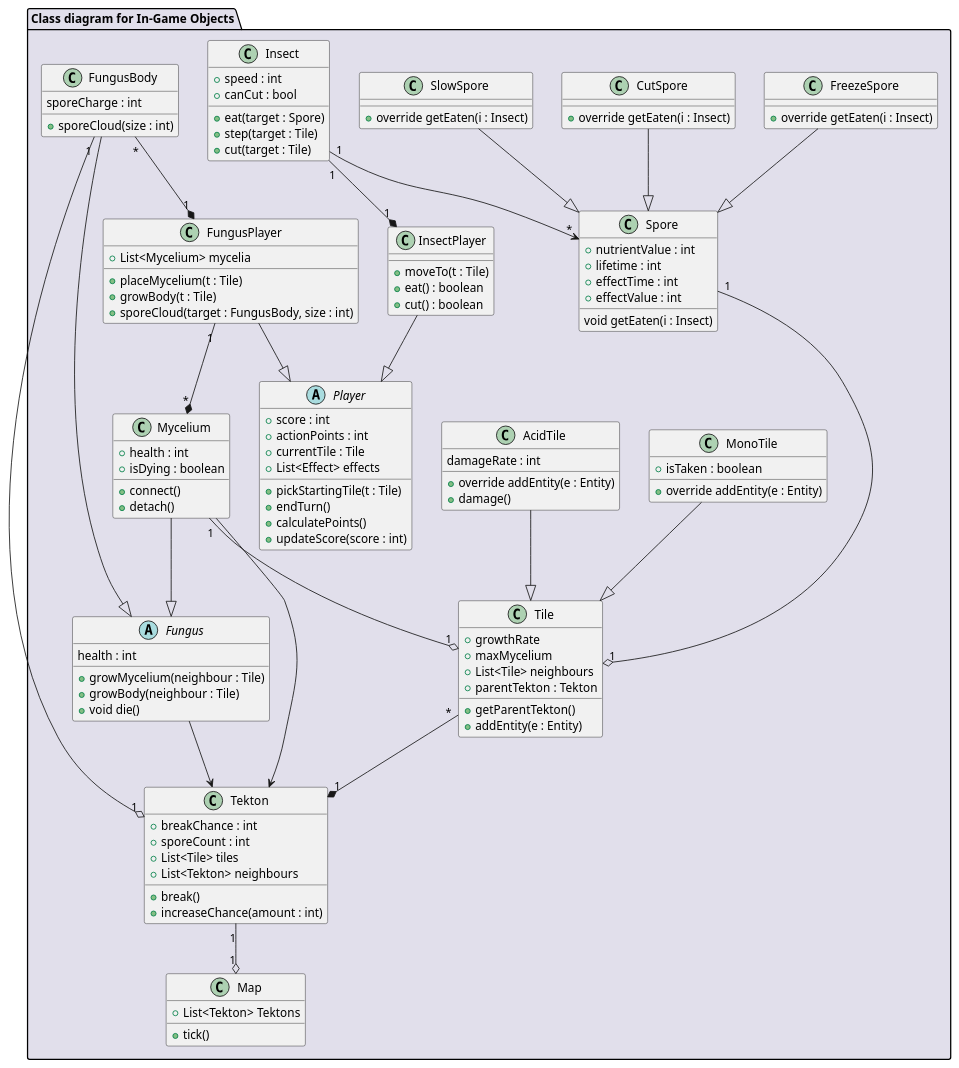
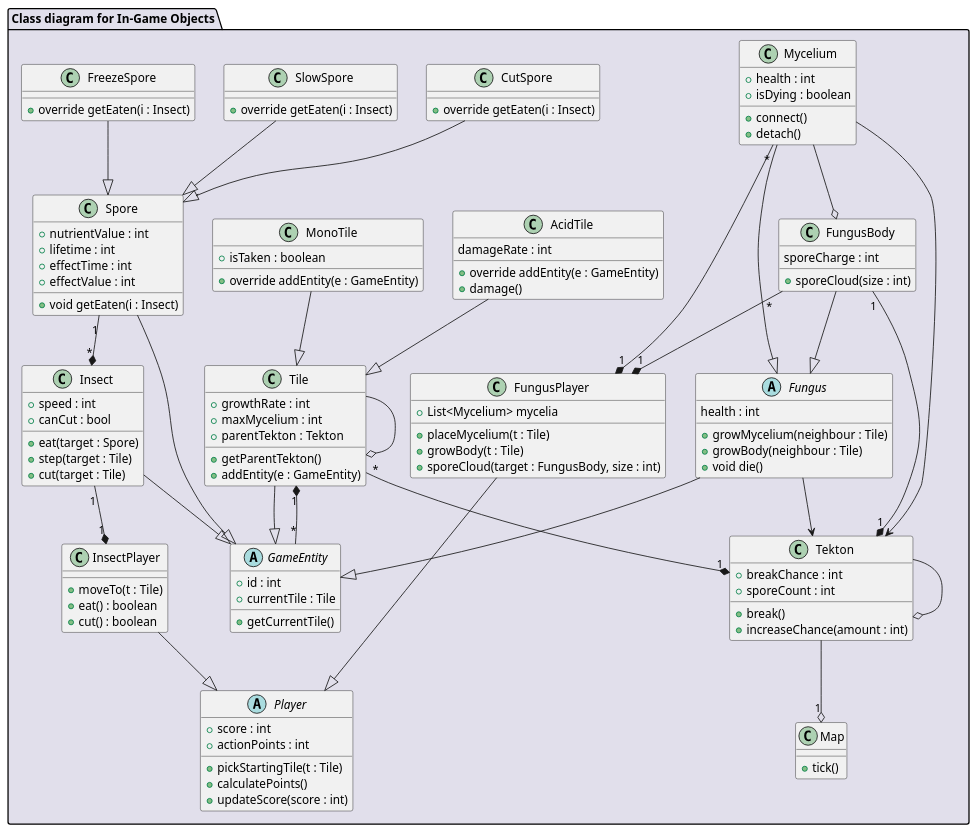
One commit to Harcipan/Projlab_nullpointerexception changed the diagram in diagrams/diagramFiles/CD_InGameObjects.puml. Above: the diagram before and after it, drawn with PlantUML. The commit also changed 2 other files, not shown here.

Commit message:
fixed uml diagrams

```diff
--- a/diagrams/diagramFiles/CD_InGameObjects.puml
+++ b/diagrams/diagramFiles/CD_InGameObjects.puml
@@ -1,140 +1,147 @@
 @startuml CD_InGameObjects
 
 package "Class diagram for In-Game Objects" #E1DFEB {
     
     'world elements'
 
     class Map {
-        + List<Tekton> Tektons
         + tick()
     }
 
     class Tekton {
         + breakChance : int
         + sporeCount : int
-        + List<Tile> tiles
-        + List<Tekton> neighbours
         + break()
         + increaseChance(amount : int)
     }
 
     class Tile {
-        + growthRate
-        + maxMycelium
-        + List<Tile> neighbours
+        + growthRate : int
+        + maxMycelium : int
         + parentTekton : Tekton
         + getParentTekton()
-        + addEntity(e : Entity)
+        + addEntity(e : GameEntity)
     }
 
     class MonoTile {
         + isTaken : boolean
-        + override addEntity(e : Entity)
+        + override addEntity(e : GameEntity)
     }
 
     class AcidTile {
         damageRate : int
-        + override addEntity(e : Entity)
+        + override addEntity(e : GameEntity)
         + damage()
     }
     'interactive elements'
+
+    abstract class GameEntity {
+        + id : int
+        + currentTile : Tile
+        + getCurrentTile()
+    }
 
     class Mycelium {
         + health : int
         + isDying : boolean
         + connect()
         + detach()
     }
 
     class Spore {
         + nutrientValue : int
         + lifetime : int
         + effectTime : int
         + effectValue : int
-        void getEaten(i : Insect)
+        + void getEaten(i : Insect)
     }
 
     class SlowSpore {
         + override getEaten(i : Insect)
     }
 
     class FreezeSpore {
         + override getEaten(i : Insect)
     }
 
     class CutSpore {
         + override getEaten(i : Insect)
     }
 
     'playable elements'
 
     abstract class Player {
         + score : int
         + actionPoints : int
-        + currentTile : Tile
-        + List<Effect> effects
         + pickStartingTile(t : Tile)
-        + endTurn()
         + calculatePoints()
         + updateScore(score : int)
     }
 
 
     class FungusPlayer {
         + List<Mycelium> mycelia
         + placeMycelium(t : Tile)
         + growBody(t : Tile)
         + sporeCloud(target : FungusBody, size : int)
     }
 
     abstract class Fungus {
         health : int
         + growMycelium(neighbour : Tile)
         + growBody(neighbour : Tile)
         + void die()
     }
 
     class FungusBody {
         sporeCharge : int
         + sporeCloud(size : int)
     }
     
     class InsectPlayer {
         + moveTo(t : Tile)
         + eat() : boolean
         + cut() : boolean
     }
 
     class Insect {
         + speed : int
         + canCut : bool
         + eat(target : Spore)
         + step(target : Tile)
         + cut(target : Tile)
     }
 
     'connections'
 
+    Spore --|> GameEntity
+    Fungus --|> GameEntity
+    Insect --|> GameEntity
+    Tile --|> GameEntity
+
+    Mycelium --o FungusBody
     SlowSpore --|> Spore
     FreezeSpore --|> Spore
     CutSpore --|> Spore
-    Tekton "1" --o "1" Map
-    FungusBody "1" --o "1" Tekton
+    Tekton --o "1" Map
+    FungusBody "1" --* "1" Tekton
     Fungus --> Tekton
     Mycelium --> Tekton
     Tile "*" --* "1" Tekton
     MonoTile --|> Tile
     AcidTile --|> Tile
-    Mycelium "1" --o "1" Tile
+    
     Mycelium --|> Fungus
     FungusBody --|> Fungus
-    Spore "1" --o "1" Tile
+    GameEntity "*" --* "1" Tile
+    Tile  --o  Tile
+    Tekton --o Tekton
     FungusPlayer --|> Player
-    FungusPlayer "1" --* "*" Mycelium
+    Mycelium "*" --* "1" FungusPlayer
     InsectPlayer --|> Player
     Insect "1" --* "1" InsectPlayer
     FungusBody "*" --* "1" FungusPlayer
-    Insect "1" --> "*" Spore
+    Spore "1" --* "*" Insect
 }
 
 @enduml
```
